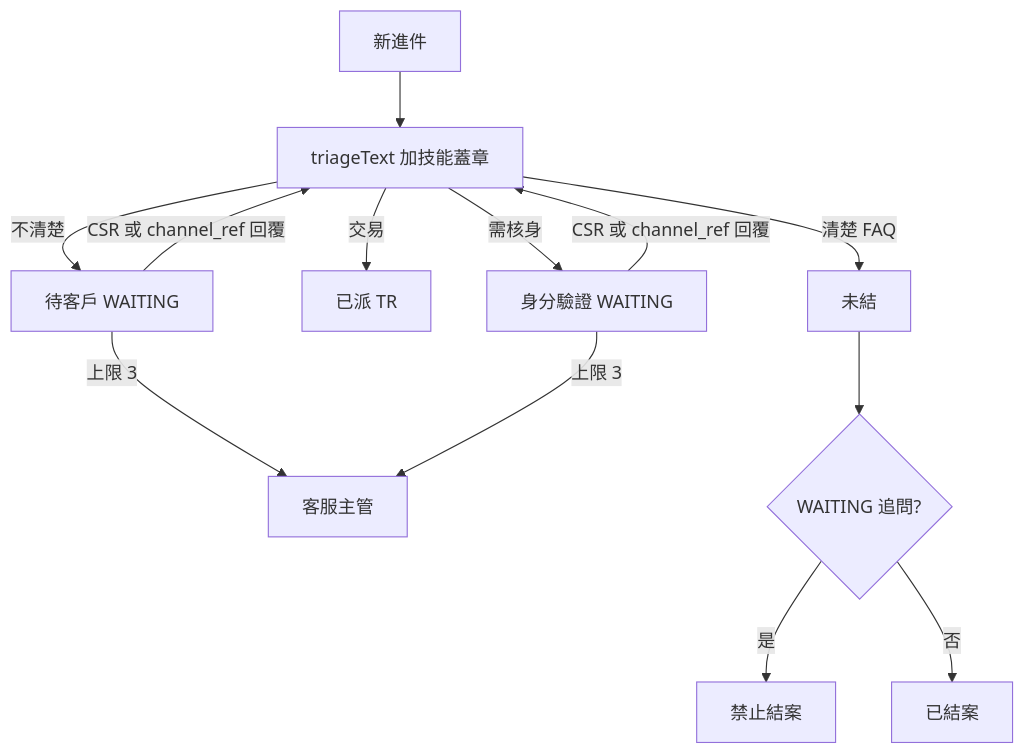
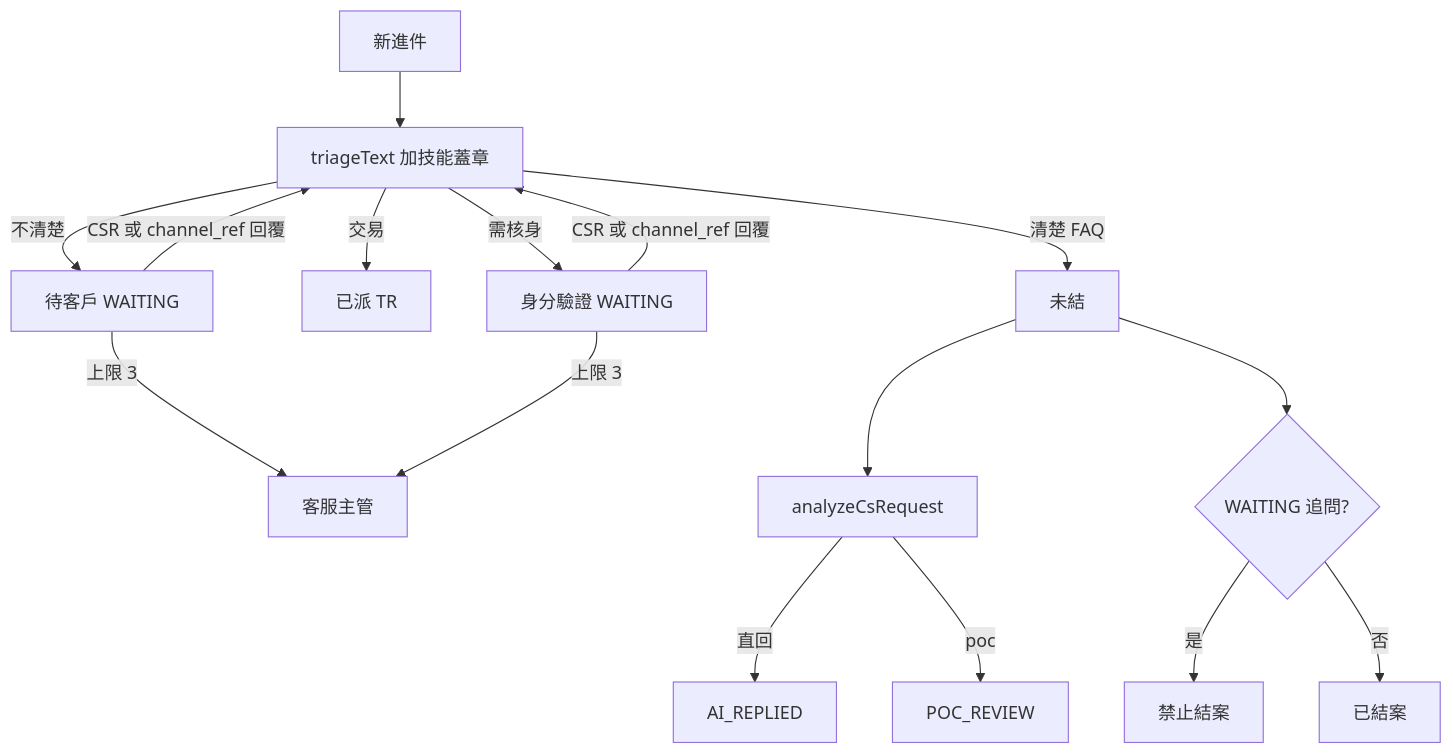
Before and after one commit to hxyan2020/PRD: the eighth of 11 diagrams in platform/docs/TSD.zh-Hant.md, drawn with Mermaid. The commit also changed other lines of this file and 39 other files, not shown here.

First line of the commit message:
Add CS/TR categorize, severity, AI solution and POC review after collected facts.

````diff
--- a/platform/docs/TSD.zh-Hant.md
+++ b/platform/docs/TSD.zh-Hant.md
@@ -819,15 +823,18 @@
 ```mermaid
 graph TD
   New[新進件] --> Triage[triageText 加技能蓋章]
   Triage -->|清楚 FAQ| Open[未結]
   Triage -->|交易| TR[已派 TR]
   Triage -->|不清楚| Wait[待客戶 WAITING]
   Triage -->|需核身| Id[身分驗證 WAITING]
   Wait -->|CSR 或 channel_ref 回覆| Triage
   Id -->|CSR 或 channel_ref 回覆| Triage
   Wait -->|上限 3| Lead[客服主管]
   Id -->|上限 3| Lead
+  Open --> Analyze[analyzeCsRequest]
+  Analyze -->|直回| Replied[AI_REPLIED]
+  Analyze -->|poc| Poc[POC_REVIEW]
   Open --> Hold{WAITING 追問?}
   Hold -->|是| Block[禁止結案]
   Hold -->|否| Done[已結案]
 ```
````
